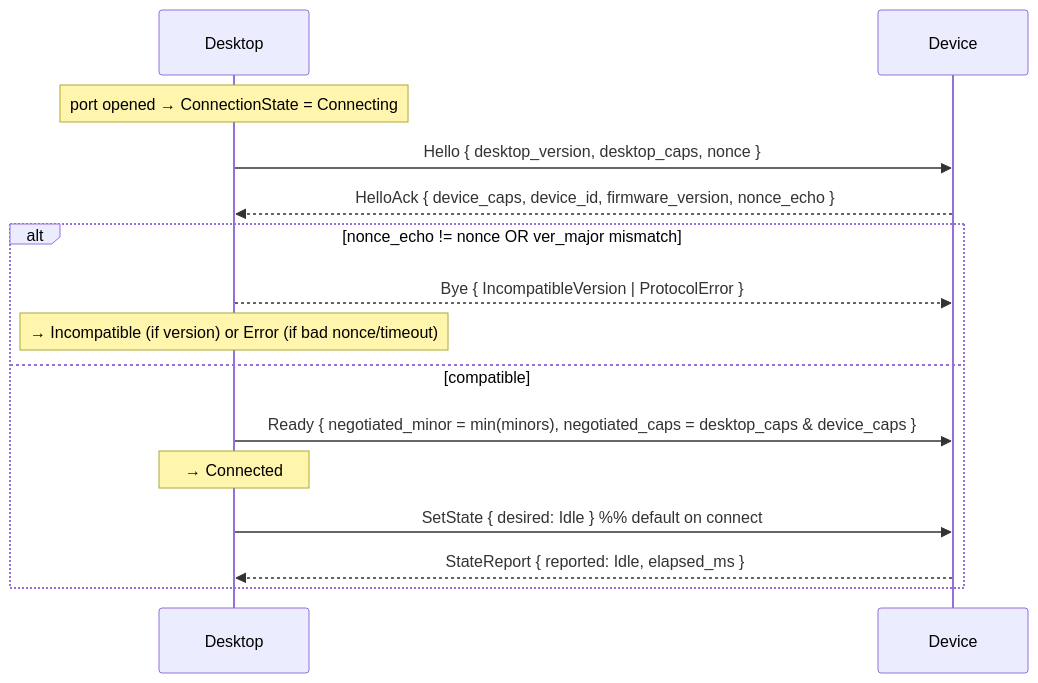
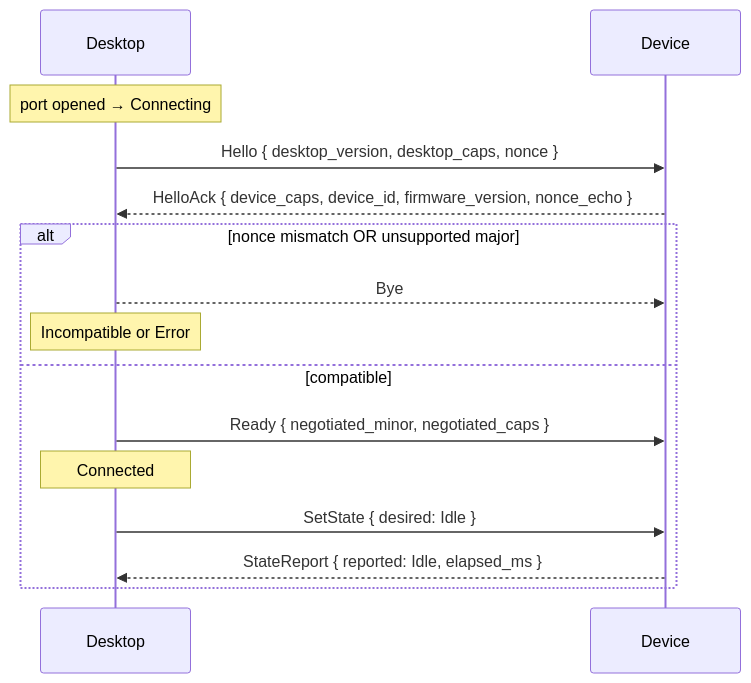
One commit to Vellixia/Kivori changed the diagram in docs/features/001-device-connection-foundation/contracts/protocol.md. Above: the diagram before and after it, drawn with Mermaid. The commit also changed other lines of this file, not shown here.

Commit message:
docs: remove retired plan reference from protocol contract

````diff
--- a/docs/features/001-device-connection-foundation/contracts/protocol.md
+++ b/docs/features/001-device-connection-foundation/contracts/protocol.md
@@ -66,17 +58,17 @@
 ```mermaid
 sequenceDiagram
     participant D as Desktop
     participant V as Device
-    Note over D: port opened → ConnectionState = Connecting
+    Note over D: port opened → Connecting
     D->>V: Hello { desktop_version, desktop_caps, nonce }
     V-->>D: HelloAck { device_caps, device_id, firmware_version, nonce_echo }
-    alt nonce_echo != nonce OR ver_major mismatch
-        D-->>V: Bye { IncompatibleVersion | ProtocolError }
-        Note over D: → Incompatible (if version) or Error (if bad nonce/timeout)
+    alt nonce mismatch OR unsupported major
+        D-->>V: Bye
+        Note over D: Incompatible or Error
     else compatible
-        D->>V: Ready { negotiated_minor = min(minors), negotiated_caps = desktop_caps & device_caps }
-        Note over D: → Connected
-        D->>V: SetState { desired: Idle }   %% default on connect
+        D->>V: Ready { negotiated_minor, negotiated_caps }
+        Note over D: Connected
+        D->>V: SetState { desired: Idle }
         V-->>D: StateReport { reported: Idle, elapsed_ms }
     end
 ```
````
